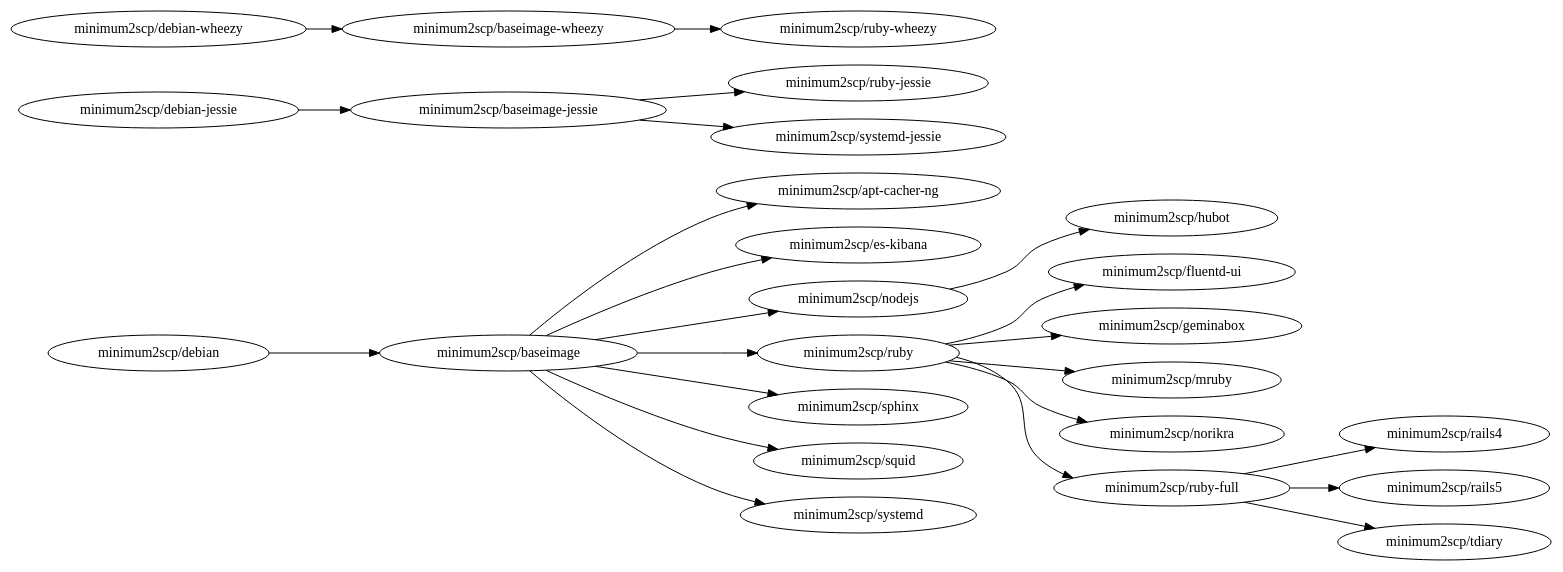
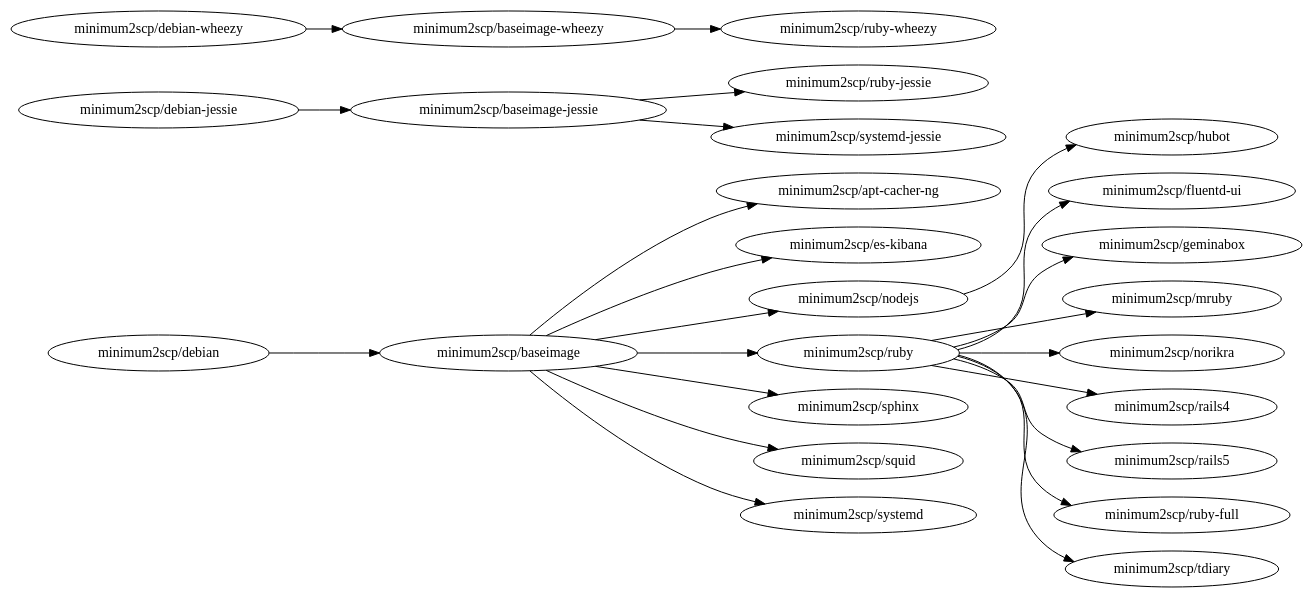
One commit to minimum2scp/dockerfiles changed the diagram in deps.dot. Above: the diagram before and after it, drawn with Graphviz.

```diff
--- a/deps.dot
+++ b/deps.dot
@@ -1,43 +1,42 @@
 digraph deps {
   graph        [rankdir = "LR"];
   ratio = auto;
 
 
   acng              [label = "minimum2scp/apt-cacher-ng"];
   baseimage         [label = "minimum2scp/baseimage"];
   baseimage_jessie  [label = "minimum2scp/baseimage-jessie"];
   baseimage_wheezy  [label = "minimum2scp/baseimage-wheezy"];
   debian            [label = "minimum2scp/debian"];
   debian_jessie     [label = "minimum2scp/debian-jessie"];
   debian_wheezy     [label = "minimum2scp/debian-wheezy"];
   es_kibana         [label = "minimum2scp/es-kibana"];
   fluentd_ui        [label = "minimum2scp/fluentd-ui"];
   geminabox         [label = "minimum2scp/geminabox"];
   hubot             [label = "minimum2scp/hubot"];
   mruby             [label = "minimum2scp/mruby"];
   nodejs            [label = "minimum2scp/nodejs"];
   norikra           [label = "minimum2scp/norikra"];
   rails4            [label = "minimum2scp/rails4"];
   rails5            [label = "minimum2scp/rails5"];
   ruby              [label = "minimum2scp/ruby"];
   ruby_full         [label = "minimum2scp/ruby-full"];
   ruby_jessie       [label = "minimum2scp/ruby-jessie"];
   ruby_wheezy       [label = "minimum2scp/ruby-wheezy"];
   sphinx            [label = "minimum2scp/sphinx"];
   squid             [label = "minimum2scp/squid"];
   systemd           [label = "minimum2scp/systemd"];
   systemd_jessie    [label = "minimum2scp/systemd-jessie"];
   tdiary            [label = "minimum2scp/tdiary"];
 
   debian    -> baseimage;
   baseimage -> {acng, es_kibana, nodejs, ruby, sphinx, squid, systemd};
-  ruby      -> {fluentd_ui, geminabox, mruby, norikra, ruby_full};
-  ruby_full -> {rails4, rails5, tdiary};
+  ruby      -> {fluentd_ui, geminabox, mruby, norikra, rails4, rails5, ruby_full, tdiary};
   nodejs    -> {hubot};
 
   debian_jessie    -> baseimage_jessie;
   baseimage_jessie -> {systemd_jessie, ruby_jessie};
 
   debian_wheezy    -> baseimage_wheezy;
   baseimage_wheezy -> ruby_wheezy;
 }
```
